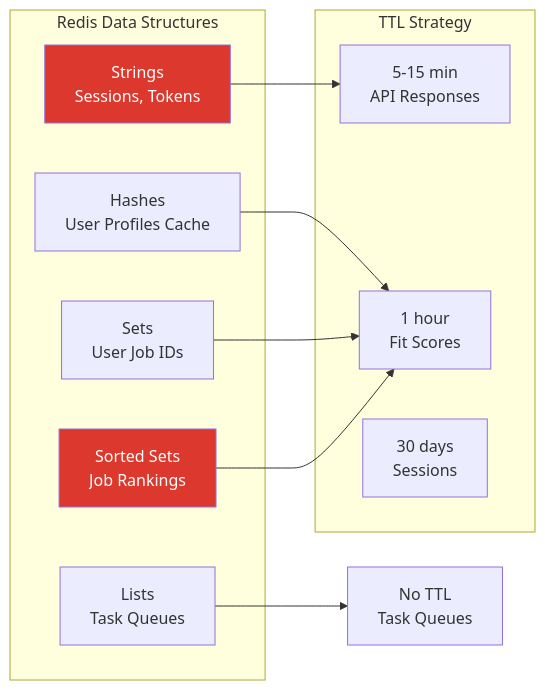
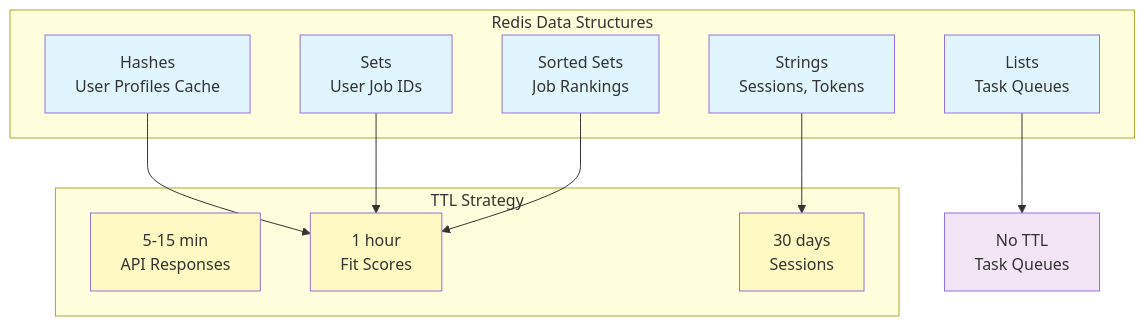
Diagram 16 of 21 in docs/database_schemas_and_system_design.md (aminlahbib/JobFlow), drawn with Mermaid before and after one commit.

Commit message:
docs: improve mermaid diagram styling in system design doc

````diff
--- a/docs/database_schemas_and_system_design.md
+++ b/docs/database_schemas_and_system_design.md
@@ -855,25 +855,32 @@
 ```mermaid
-graph LR
+graph TB
     subgraph "Redis Data Structures"
         Strings[Strings<br/>Sessions, Tokens]
         Hashes[Hashes<br/>User Profiles Cache]
         Sets[Sets<br/>User Job IDs]
         SortedSets[Sorted Sets<br/>Job Rankings]
         Lists[Lists<br/>Task Queues]
     end
     
     subgraph "TTL Strategy"
         ShortTTL[5-15 min<br/>API Responses]
         MediumTTL[1 hour<br/>Fit Scores]
         LongTTL[30 days<br/>Sessions]
     end
     
-    Strings --> ShortTTL
+    Strings --> LongTTL
     Hashes --> MediumTTL
     Sets --> MediumTTL
     SortedSets --> MediumTTL
     Lists --> NoTTL[No TTL<br/>Task Queues]
     
-    style Strings fill:#dc382d,color:#fff
-    style SortedSets fill:#dc382d,color:#fff
+    style Strings fill:#e1f5ff
+    style Hashes fill:#e1f5ff
+    style Sets fill:#e1f5ff
+    style SortedSets fill:#e1f5ff
+    style Lists fill:#e1f5ff
+    style ShortTTL fill:#fff9c4
+    style MediumTTL fill:#fff9c4
+    style LongTTL fill:#fff9c4
+    style NoTTL fill:#f3e5f5
 ```
````
